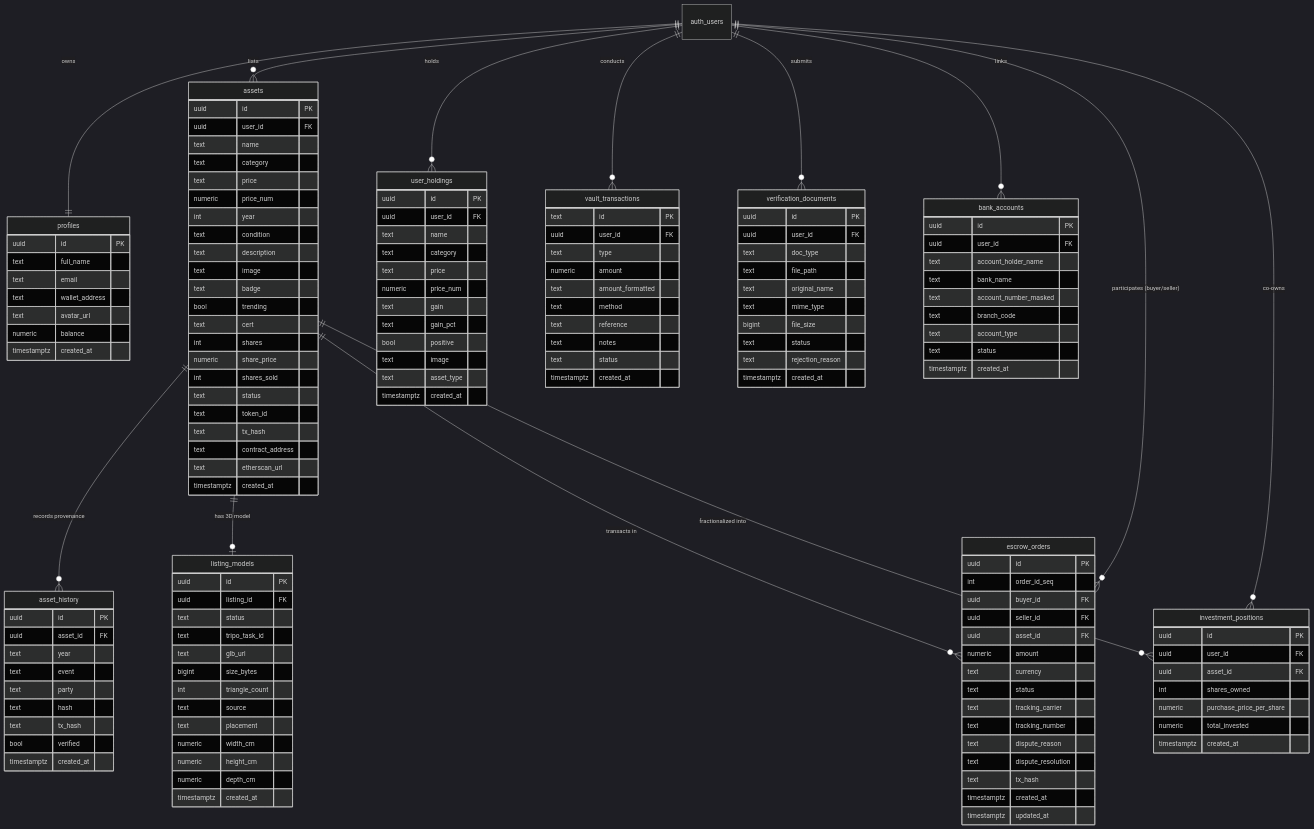
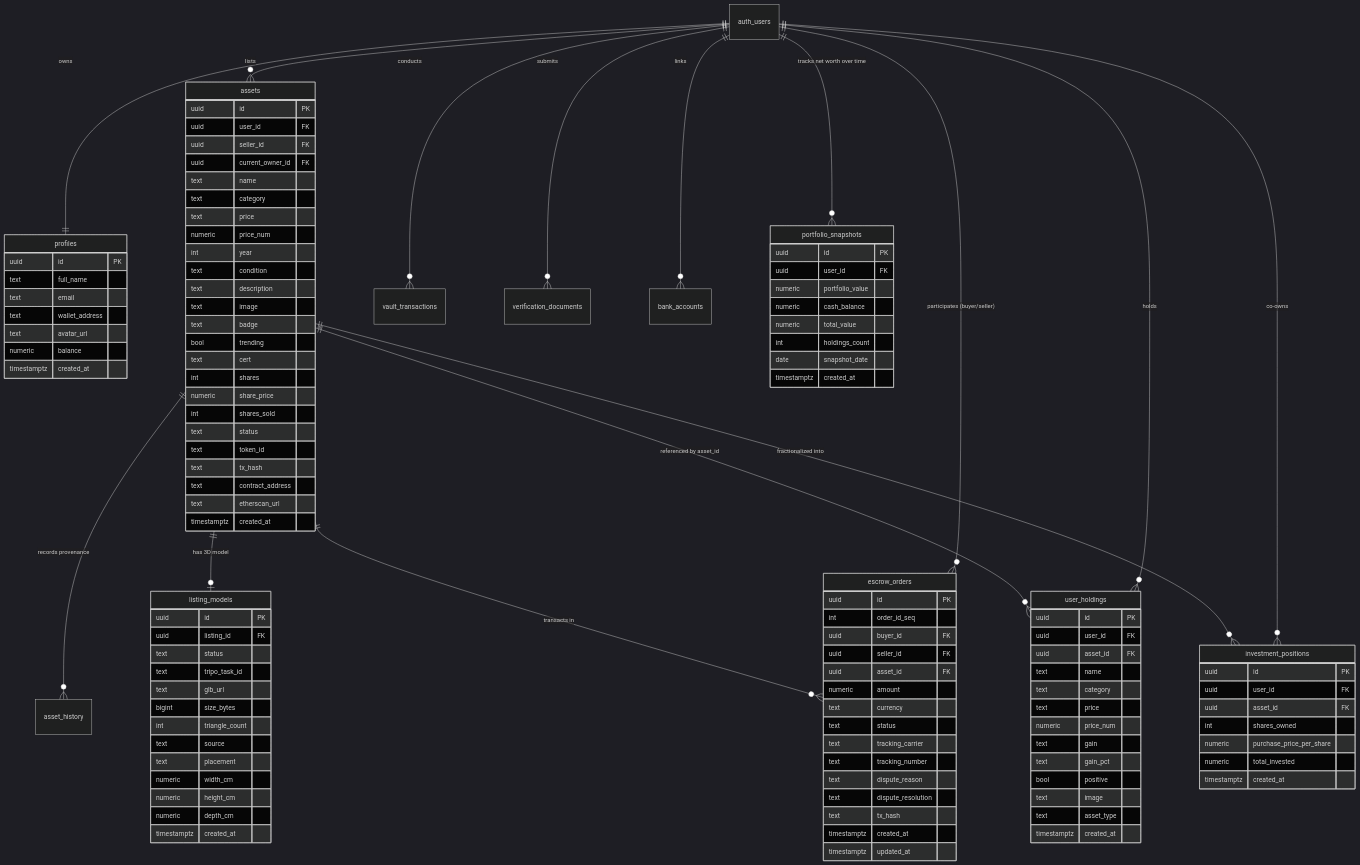
Before and after one commit to dxxxrn1/SmartAssets: the tenth of 10 diagrams in docs/SYSTEM_DIAGRAMS.md, drawn with Mermaid (dark theme). The commit also changed other lines of this file and 5 other files, not shown here.

Commit message:
docs: sync architecture, database schema, and Mermaid diagrams with latest dev merge

```diff
--- a/docs/SYSTEM_DIAGRAMS.md
+++ b/docs/SYSTEM_DIAGRAMS.md
@@ -374,11 +447,13 @@
     auth_users ||--o{ bank_accounts : "links"
     auth_users ||--o{ escrow_orders : "participates (buyer/seller)"
     auth_users ||--o{ investment_positions : "co-owns"
+    auth_users ||--o{ portfolio_snapshots : "tracks net worth over time"
 
     assets ||--o{ asset_history : "records provenance"
     assets ||--o| listing_models : "has 3D model"
     assets ||--o{ escrow_orders : "transacts in"
     assets ||--o{ investment_positions : "fractionalized into"
+    assets ||--o{ user_holdings : "referenced by asset_id"
 
     profiles {
         uuid id PK
@@ -393,6 +468,8 @@
     assets {
         uuid id PK
         uuid user_id FK
+        uuid seller_id FK
+        uuid current_owner_id FK
         text name
         text category
         text price
@@ -415,21 +492,10 @@
         timestamptz created_at
     }
 
-    asset_history {
-        uuid id PK
-        uuid asset_id FK
-        text year
-        text event
-        text party
-        text hash
-        text tx_hash
-        bool verified
-        timestamptz created_at
-    }
-
     user_holdings {
         uuid id PK
         uuid user_id FK
+        uuid asset_id FK
         text name
         text category
         text price
@@ -442,41 +508,14 @@
         timestamptz created_at
     }
 
-    vault_transactions {
-        text id PK
-        uuid user_id FK
-        text type
-        numeric amount
-        text amount_formatted
-        text method
-        text reference
-        text notes
-        text status
-        timestamptz created_at
-    }
-
-    verification_documents {
+    portfolio_snapshots {
         uuid id PK
         uuid user_id FK
-        text doc_type
-        text file_path
-        text original_name
-        text mime_type
-        bigint file_size
-        text status
-        text rejection_reason
-        timestamptz created_at
-    }
-
-    bank_accounts {
-        uuid id PK
-        uuid user_id FK
-        text account_holder_name
-        text bank_name
-        text account_number_masked
-        text branch_code
-        text account_type
-        text status
+        numeric portfolio_value
+        numeric cash_balance
+        numeric total_value
+        int holdings_count
+        date snapshot_date
         timestamptz created_at
     }
 
```
